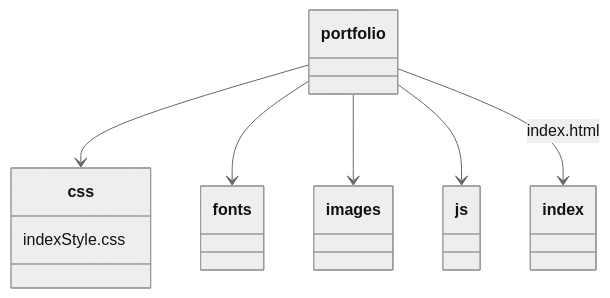
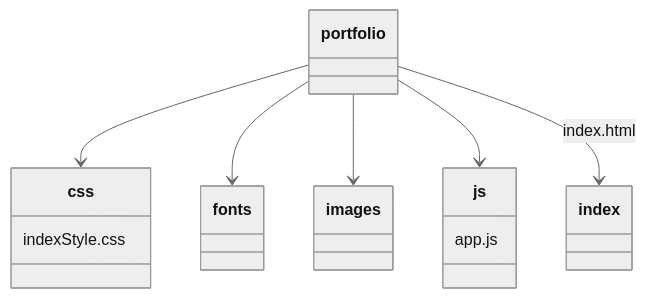
One commit to KartikVerma0/portfolio changed the diagram in README.md. Above: the diagram before and after it, drawn with Mermaid (neutral theme).

````diff
--- a/README.md
+++ b/README.md
@@ -6,10 +6,11 @@
 ```mermaid
 classDiagram
 portfolio --> css
 portfolio --> fonts
 portfolio --> images
 portfolio --> js
 portfolio --> index : index.html
 
 css:indexStyle.css
+js:app.js
 ```
````
